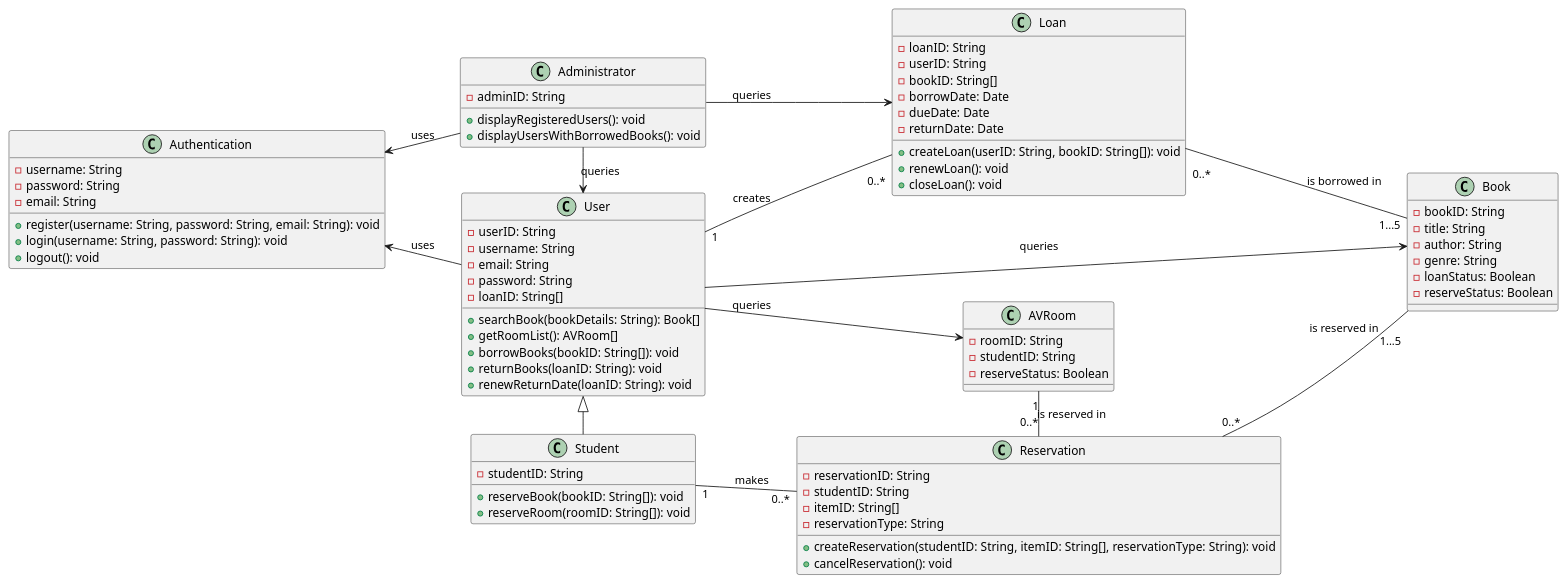
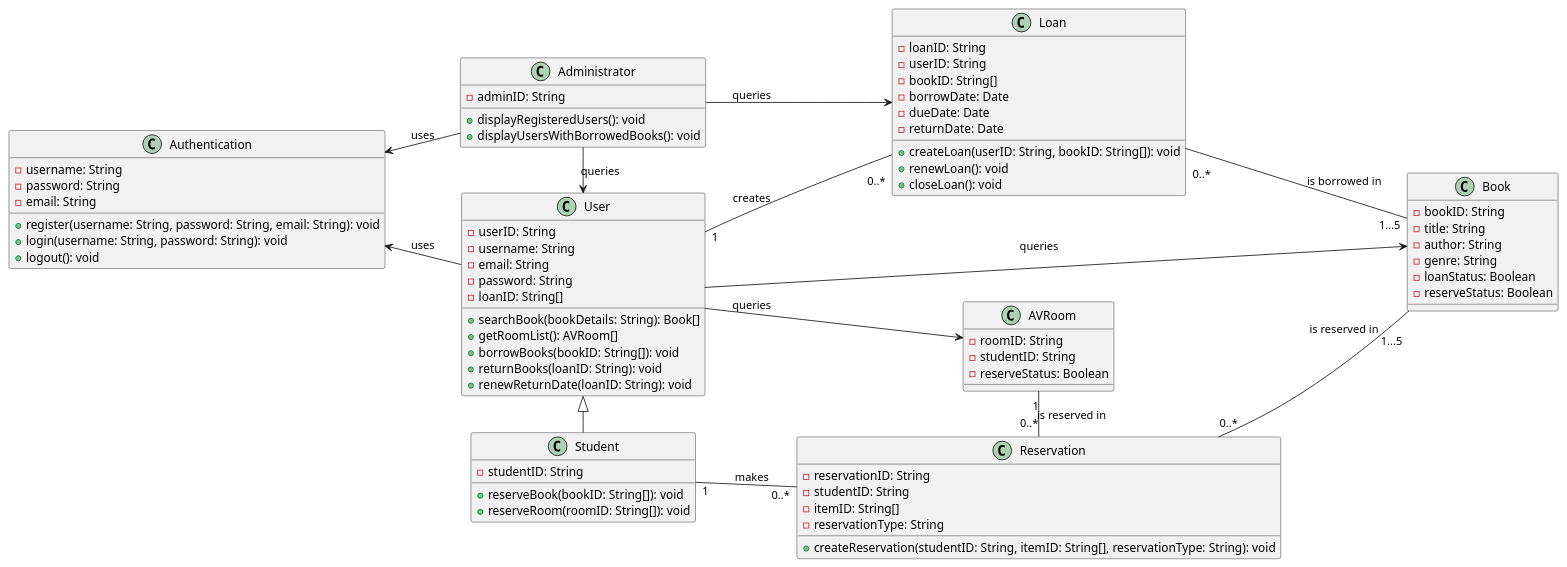
One commit to zuzu2307/Final_UML changed the diagram in src/class.puml. Above: the diagram before and after it, drawn with PlantUML. The commit also changed 1 other file, not shown here.

```diff
--- a/src/class.puml
+++ b/src/class.puml
@@ -1,87 +1,86 @@
 @startuml
 left to right direction
 
 class Authentication{
     -username: String
     -password: String
     -email: String
     +register(username: String, password: String, email: String): void
     +login(username: String, password: String): void
     +logout(): void
 }
 
 class User {
     -userID: String
     -username: String
     -email: String
     -password: String
     -loanID: String[]
     +searchBook(bookDetails: String): Book[]
     +getRoomList(): AVRoom[]
     +borrowBooks(bookID: String[]): void
     +returnBooks(loanID: String): void
     +renewReturnDate(loanID: String): void
 }
 
 class Student {
     -studentID: String
     +reserveBook(bookID: String[]): void
     +reserveRoom(roomID: String[]): void
 }
 
 class Book {
     -bookID: String
     -title: String
     -author: String
     -genre: String
     -loanStatus: Boolean
     -reserveStatus: Boolean
 }
 
 class Loan {
     -loanID: String
     -userID: String
     -bookID: String[]
     -borrowDate: Date
     -dueDate: Date
     -returnDate: Date
     +createLoan(userID: String, bookID: String[]): void
     +renewLoan(): void
     +closeLoan(): void
 }
 
 class Administrator {
     -adminID: String
     +displayRegisteredUsers(): void
     +displayUsersWithBorrowedBooks(): void
 }
 
 class Reservation {
     -reservationID: String
     -studentID: String
     -itemID: String[]
     -reservationType: String
     +createReservation(studentID: String, itemID: String[], reservationType: String): void
-    +cancelReservation(): void
 }
 
 
 class AVRoom {
     -roomID: String
     -studentID: String
     -reserveStatus: Boolean
 }
 
 User -up-> Authentication: uses
 User ---> Book: queries
 User --> AVRoom: queries
 User <|-right- Student
 User "1" -- "\n0..*" Loan: creates
 Student "1" -- "0..*" Reservation: makes
 AVRoom "1" -right- "0..*" Reservation: "                              is reserved in"
 Book "1...5" -up- "\n0..*" Loan: is borrowed in
 Book "\n1...5" -up- "0..*" Reservation: is reserved in
 Administrator -right-> User: "                   queries"
 Administrator -up-> Authentication: uses
 Administrator --> Loan : queries
 @enduml
```
